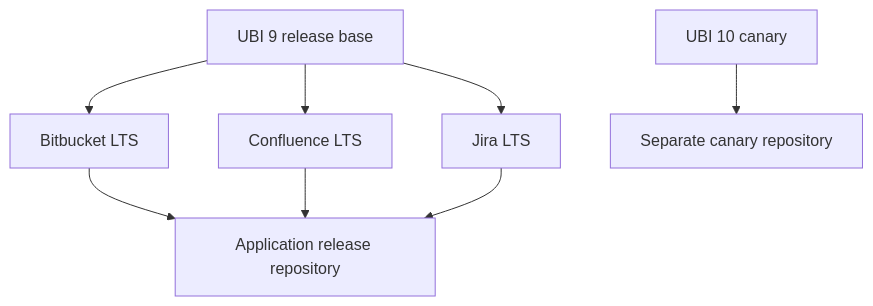
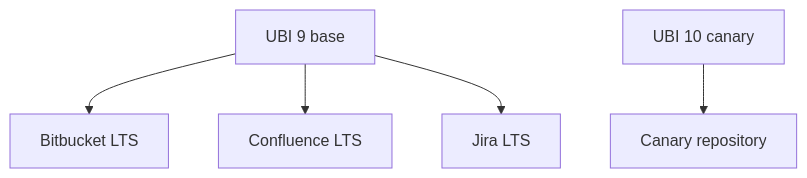
One commit to shamuraix/image-hardening-factory-starter changed the second of 2 diagrams in docs/architecture.md. Above: the diagram before and after it, drawn with Mermaid. The commit also changed other lines of this file and 4 other files, not shown here.

````diff
--- a/docs/architecture.md
+++ b/docs/architecture.md
@@ -5,10 +28,7 @@
 ```mermaid
 flowchart TD
-    U9["UBI 9 release base"] --> B["Bitbucket LTS"]
-    U9 --> C["Confluence LTS"]
-    U9 --> J["Jira LTS"]
-    U10["UBI 10 canary"] --> Canary["Separate canary repository"]
-    B --> Apps["Application release repository"]
-    C --> Apps
-    J --> Apps
+    U9[UBI 9 base] --> B[Bitbucket LTS]
+    U9 --> C[Confluence LTS]
+    U9 --> J[Jira LTS]
+    U10[UBI 10 canary] --> Canary[Canary repository]
 ```
````
